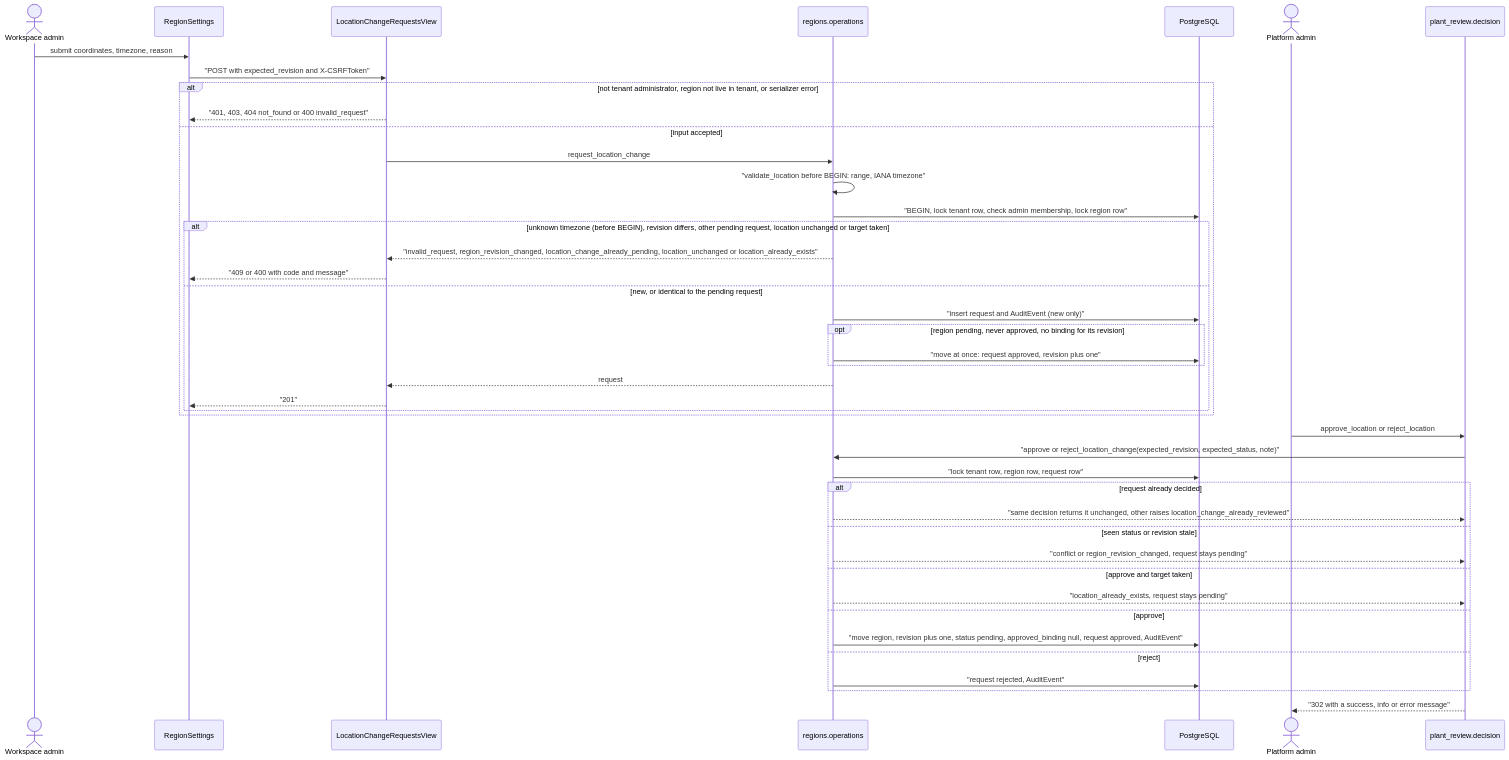
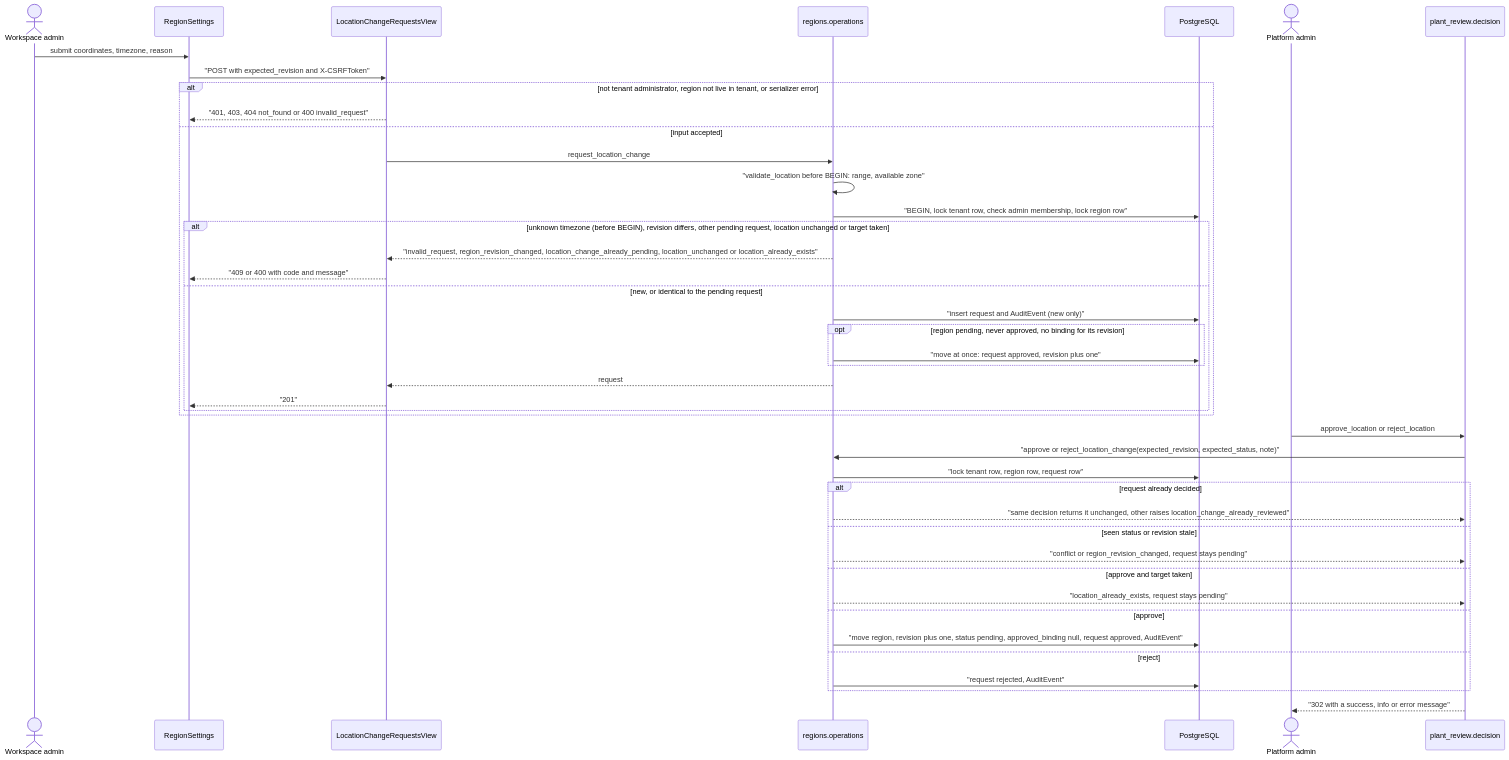
The diagram in docs/flows/location-change.md (erkurtharun/pyracast), drawn with Mermaid before and after one commit. The commit also changed other lines of this file and 52 other files, not shown here.

First line of the commit message:
Bring the flow pages in line with account erasure, typed plant values, on-demand loading, operations events and provider accounts

````diff
--- a/docs/flows/location-change.md
+++ b/docs/flows/location-change.md
@@ -15,45 +15,45 @@
 ```mermaid
 sequenceDiagram
     actor W as Workspace admin
     participant UI as RegionSettings
     participant V as LocationChangeRequestsView
     participant O as regions.operations
     participant DB as PostgreSQL
     actor P as Platform admin
     participant D as plant_review.decision
     W->>UI: submit coordinates, timezone, reason
     UI->>V: "POST with expected_revision and X-CSRFToken"
     alt not tenant administrator, region not live in tenant, or serializer error
         V-->>UI: "401, 403, 404 not_found or 400 invalid_request"
     else input accepted
         V->>O: request_location_change
-        O->>O: "validate_location before BEGIN: range, IANA timezone"
+        O->>O: "validate_location before BEGIN: range, available zone"
         O->>DB: "BEGIN, lock tenant row, check admin membership, lock region row"
         alt unknown timezone (before BEGIN), revision differs, other pending request, location unchanged or target taken
             O-->>V: "invalid_request, region_revision_changed, location_change_already_pending, location_unchanged or location_already_exists"
             V-->>UI: "409 or 400 with code and message"
         else new, or identical to the pending request
             O->>DB: "insert request and AuditEvent (new only)"
             opt region pending, never approved, no binding for its revision
                 O->>DB: "move at once: request approved, revision plus one"
             end
             O-->>V: request
             V-->>UI: "201"
         end
     end
     P->>D: approve_location or reject_location
     D->>O: "approve or reject_location_change(expected_revision, expected_status, note)"
     O->>DB: "lock tenant row, region row, request row"
     alt request already decided
         O-->>D: "same decision returns it unchanged, other raises location_change_already_reviewed"
     else seen status or revision stale
         O-->>D: "conflict or region_revision_changed, request stays pending"
     else approve and target taken
         O-->>D: "location_already_exists, request stays pending"
     else approve
         O->>DB: "move region, revision plus one, status pending, approved_binding null, request approved, AuditEvent"
     else reject
         O->>DB: "request rejected, AuditEvent"
     end
     D-->>P: "302 with a success, info or error message"
 ```
````
